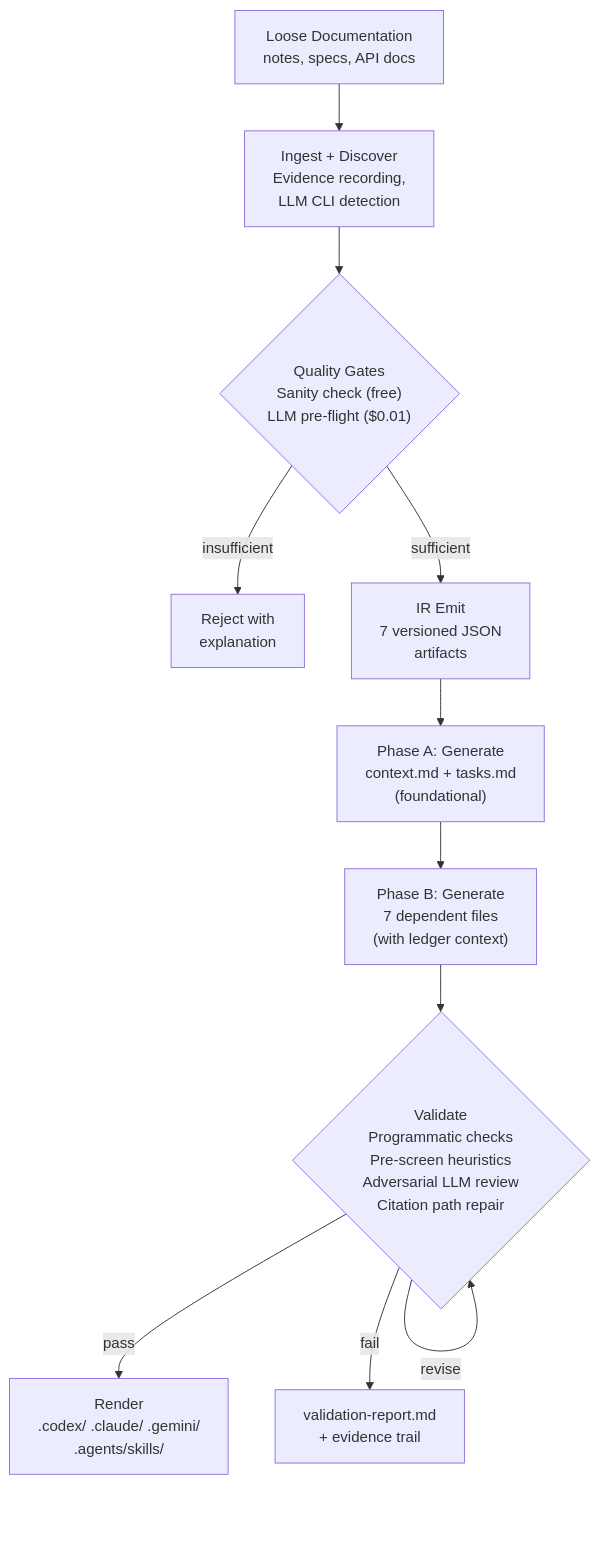
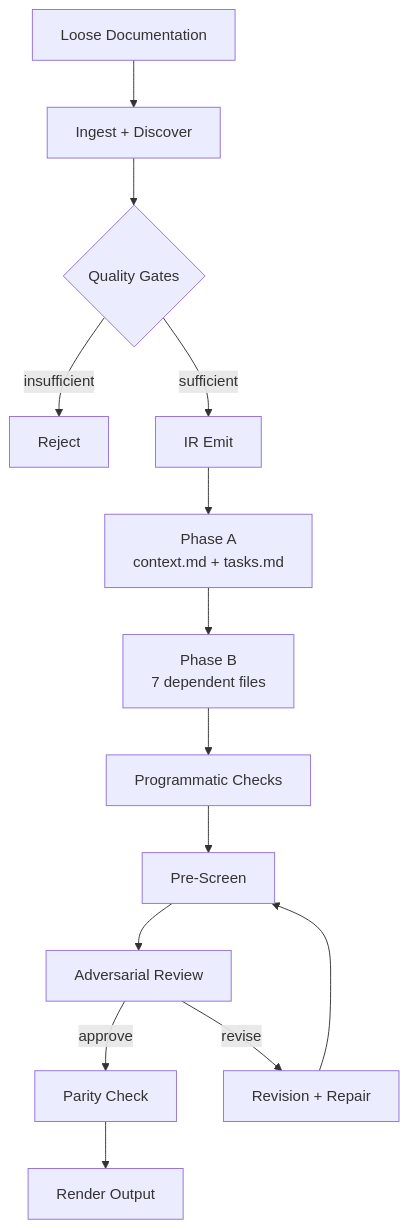
Before and after one commit to op7ic/SwarmMaker: the first of 3 diagrams in docs/agent-engineering-reference.md, drawn with Mermaid. The commit also changed other lines of this file, not shown here.

Commit message:
Add descriptions before charts and fix self-loop in pipeline diagram

````diff
--- a/docs/agent-engineering-reference.md
+++ b/docs/agent-engineering-reference.md
@@ -7,13 +9,16 @@
 ```mermaid
 graph TD
-    INPUT["Loose Documentation<br/>notes, specs, API docs"] --> INGEST["Ingest + Discover<br/>Evidence recording,<br/>LLM CLI detection"]
-    INGEST --> GATE{"Quality Gates<br/>Sanity check (free)<br/>LLM pre-flight ($0.01)"}
-    GATE -->|insufficient| REJECT["Reject with<br/>explanation"]
-    GATE -->|sufficient| IR["IR Emit<br/>7 versioned JSON<br/>artifacts"]
-    IR --> PHASE_A["Phase A: Generate<br/>context.md + tasks.md<br/>(foundational)"]
-    PHASE_A --> PHASE_B["Phase B: Generate<br/>7 dependent files<br/>(with ledger context)"]
-    PHASE_B --> VALIDATE{"Validate<br/>Programmatic checks<br/>Pre-screen heuristics<br/>Adversarial LLM review<br/>Citation path repair"}
-    VALIDATE -->|revise| VALIDATE
-    VALIDATE -->|pass| RENDER["Render<br/>.codex/ .claude/ .gemini/<br/>.agents/skills/"]
-    VALIDATE -->|fail| REPORT["validation-report.md<br/>+ evidence trail"]
+    INPUT["Loose Documentation"] --> INGEST["Ingest + Discover"]
+    INGEST --> GATE{"Quality Gates"}
+    GATE -->|insufficient| REJECT["Reject"]
+    GATE -->|sufficient| IR["IR Emit"]
+    IR --> PHASE_A["Phase A<br/>context.md + tasks.md"]
+    PHASE_A --> PHASE_B["Phase B<br/>7 dependent files"]
+    PHASE_B --> CHECK["Programmatic Checks"]
+    CHECK --> SCREEN["Pre-Screen"]
+    SCREEN --> REVIEW["Adversarial Review"]
+    REVIEW -->|approve| PARITY["Parity Check"]
+    REVIEW -->|revise| REVISE["Revision + Repair"]
+    REVISE --> SCREEN
+    PARITY --> RENDER["Render Output"]
 ```
````
